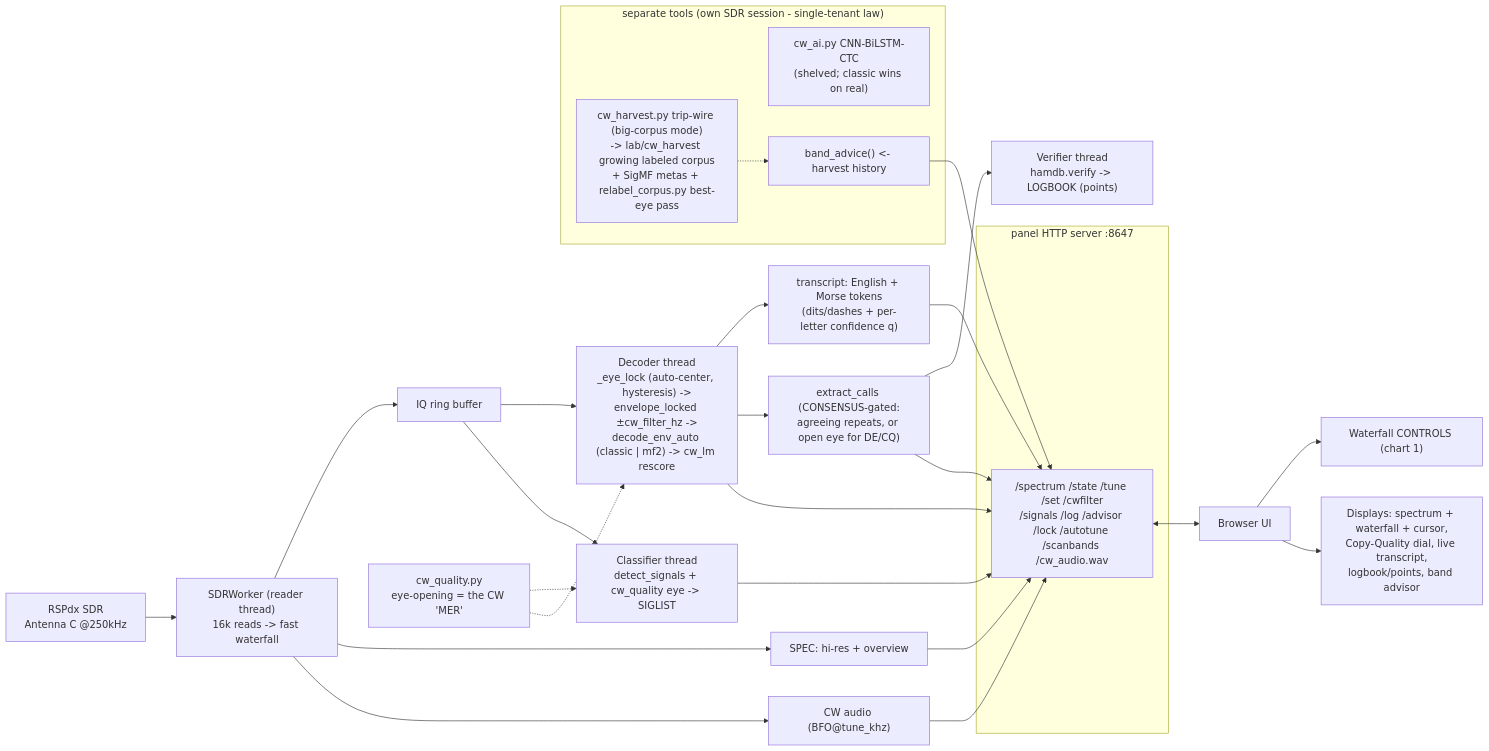
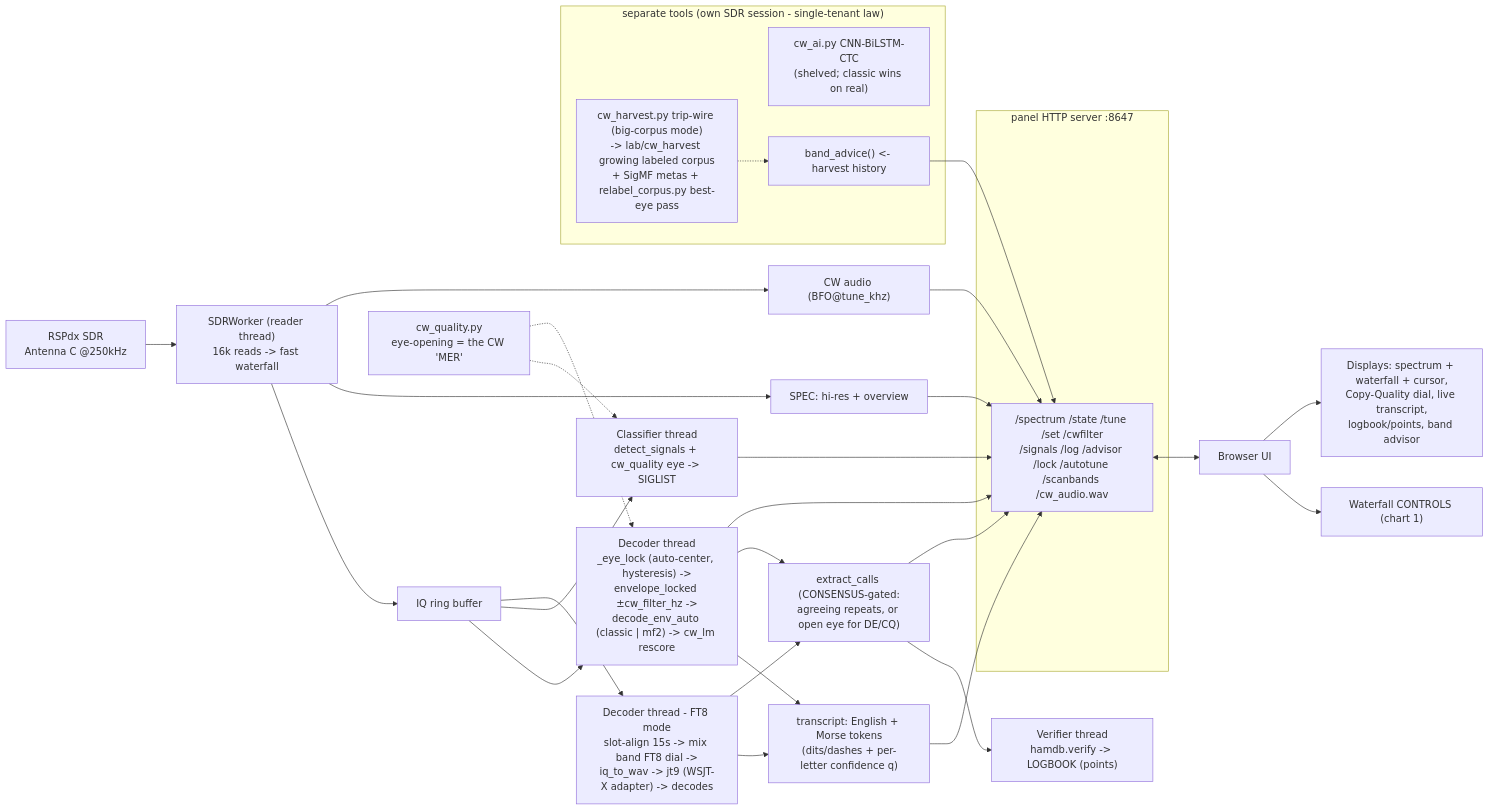
Before and after one commit to Felbs/hamTuna: the second of 3 diagrams in docs/CONTROLS.md, drawn with Mermaid. The commit also changed other lines of this file and 2 other files, not shown here.

First line of the commit message:
panel: wire FT8 into the live decoder (engine-adapter pattern, #18)

````diff
--- a/docs/CONTROLS.md
+++ b/docs/CONTROLS.md
@@ -110,38 +110,41 @@
 ```mermaid
 flowchart LR
   SDR["RSPdx SDR<br/>Antenna C @250kHz"] --> RD["SDRWorker (reader thread)<br/>16k reads -> fast waterfall"]
   RD --> RING["IQ ring buffer"]
   RD --> SPEC["SPEC: hi-res + overview"]
   RD --> AUD["CW audio (BFO@tune_khz)"]
 
   RING --> DEC["Decoder thread<br/>_eye_lock (auto-center, hysteresis) -&gt;<br/>envelope_locked &plusmn;cw_filter_hz -&gt;<br/>decode_env_auto (classic | mf2) -&gt; cw_lm rescore"]
   RING --> CLS["Classifier thread<br/>detect_signals + cw_quality eye -&gt; SIGLIST"]
   DEC --> XS["transcript: English + Morse tokens<br/>(dits/dashes + per-letter confidence q)"]
   DEC --> LOG["extract_calls (CONSENSUS-gated:<br/>agreeing repeats, or open eye for DE/CQ)"]
   LOG --> VER["Verifier thread<br/>hamdb.verify -&gt; LOGBOOK (points)"]
+  RING --> FT8N["Decoder thread - FT8 mode<br/>slot-align 15s -&gt; mix band FT8 dial -&gt;<br/>iq_to_wav -&gt; jt9 (WSJT-X adapter) -&gt; decodes"]
+  FT8N --> XS
+  FT8N --> LOG
 
   subgraph SRV["panel HTTP server :8647"]
     EP["/spectrum /state /tune /set /cwfilter<br/>/signals /log /advisor /lock /autotune /scanbands /cw_audio.wav"]
   end
   XS --> EP
   SPEC --> EP
   DEC --> EP
   CLS --> EP
   LOG --> EP
   AUD --> EP
 
   EP <--> UI["Browser UI"]
   UI --> CTRL["Waterfall CONTROLS (chart 1)"]
   UI --> DISP["Displays: spectrum + waterfall + cursor,<br/>Copy-Quality dial, live transcript,<br/>logbook/points, band advisor"]
 
   QUAL["cw_quality.py<br/>eye-opening = the CW 'MER'"] -.-> CLS
   QUAL -.-> DEC
 
   subgraph SIDE["separate tools (own SDR session - single-tenant law)"]
     HARV["cw_harvest.py trip-wire (big-corpus mode)<br/>-&gt; lab/cw_harvest growing labeled corpus<br/>+ SigMF metas + relabel_corpus.py best-eye pass"]
     AI["cw_ai.py CNN-BiLSTM-CTC<br/>(shelved; classic wins on real)"]
     ADV["band_advice() &lt;- harvest history"]
   end
   HARV -.-> ADV
   ADV --> EP
 ```
````
